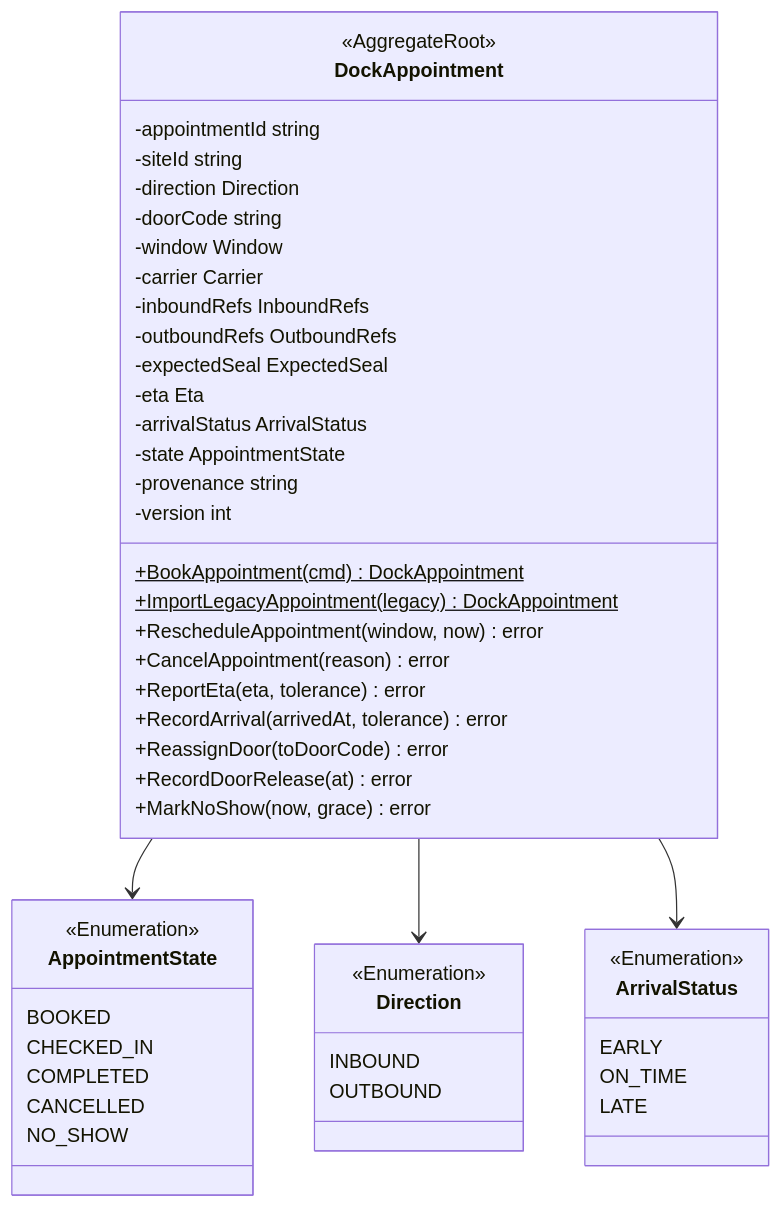
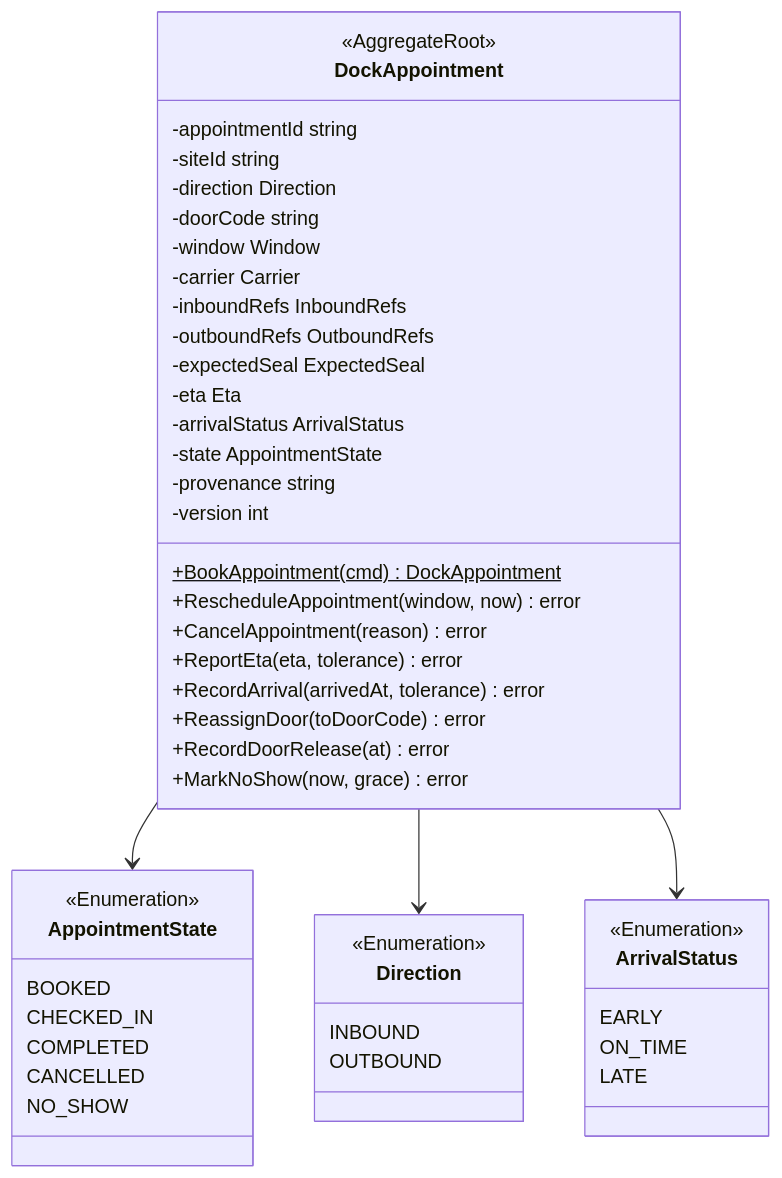
One commit to IQVO/warehouse-docs changed the first of 9 diagrams in yard/docs/contexts/dock-scheduling/class-diagram.md. Above: the diagram before and after it, drawn with Mermaid. The commit also changed other lines of this file and 19 other files, not shown here.

````diff
--- a/yard/docs/contexts/dock-scheduling/class-diagram.md
+++ b/yard/docs/contexts/dock-scheduling/class-diagram.md
@@ -32,52 +32,51 @@
 ```mermaid
 classDiagram
     direction TB
     class DockAppointment {
         <<AggregateRoot>>
         -appointmentId string
         -siteId string
         -direction Direction
         -doorCode string
         -window Window
         -carrier Carrier
         -inboundRefs InboundRefs
         -outboundRefs OutboundRefs
         -expectedSeal ExpectedSeal
         -eta Eta
         -arrivalStatus ArrivalStatus
         -state AppointmentState
         -provenance string
         -version int
         +BookAppointment(cmd)$ DockAppointment
-        +ImportLegacyAppointment(legacy)$ DockAppointment
         +RescheduleAppointment(window, now) error
         +CancelAppointment(reason) error
         +ReportEta(eta, tolerance) error
         +RecordArrival(arrivedAt, tolerance) error
         +ReassignDoor(toDoorCode) error
         +RecordDoorRelease(at) error
         +MarkNoShow(now, grace) error
     }
     class AppointmentState {
         <<Enumeration>>
         BOOKED
         CHECKED_IN
         COMPLETED
         CANCELLED
         NO_SHOW
     }
     class Direction {
         <<Enumeration>>
         INBOUND
         OUTBOUND
     }
     class ArrivalStatus {
         <<Enumeration>>
         EARLY
         ON_TIME
         LATE
     }
     DockAppointment --> AppointmentState
     DockAppointment --> Direction
     DockAppointment --> ArrivalStatus
 ```
````
